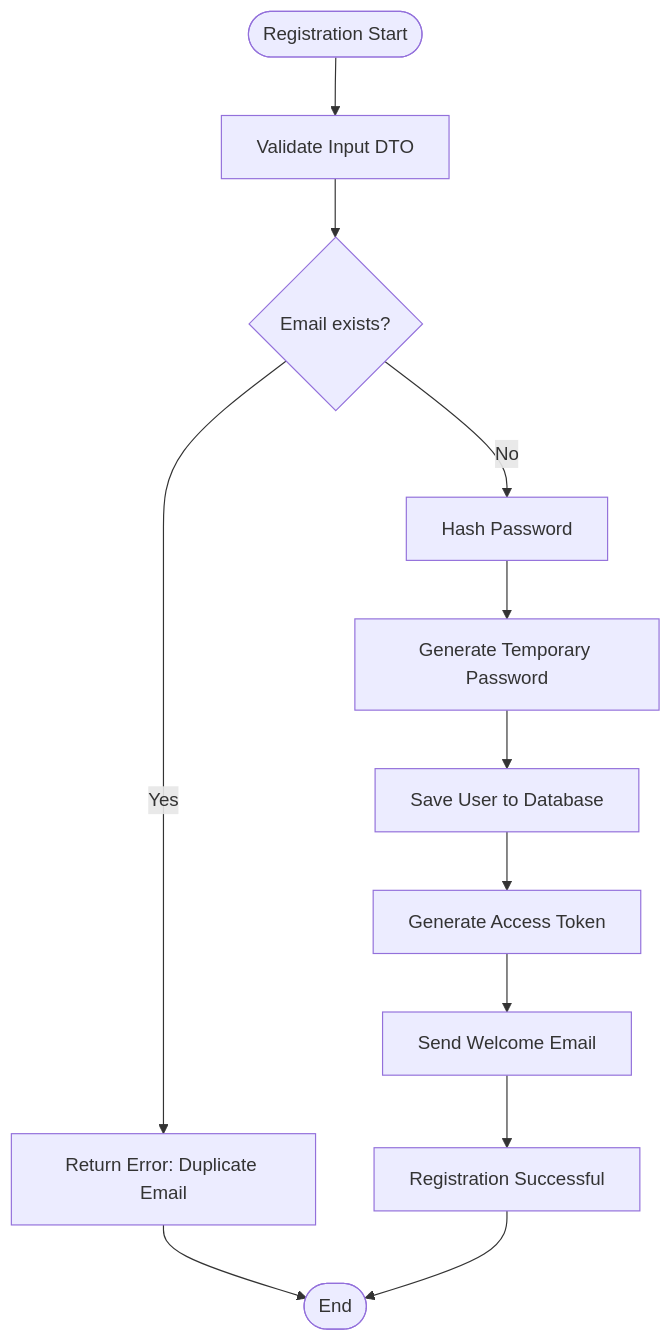
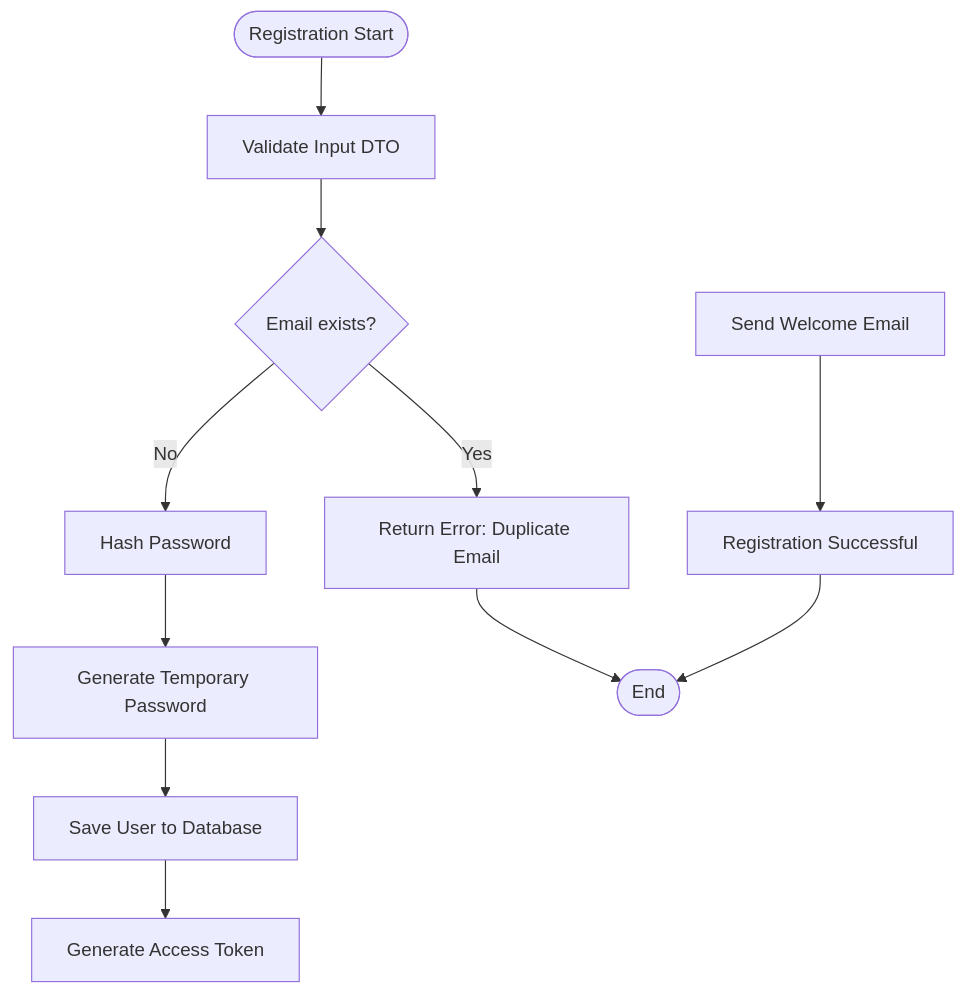
Before and after one commit to RobertRuas/windlog: the second of 13 diagrams in .qoder/repowiki/en/content/Segurança e Autenticação.md, drawn with Mermaid. The commit also changed other lines of this file and 81 other files, not shown here.

````diff
--- a/.qoder/repowiki/en/content/Segurança e Autenticação.md
+++ b/.qoder/repowiki/en/content/Segurança e Autenticação.md
@@ -95,14 +103,14 @@
 ```mermaid
 flowchart TD
 Start([Registration Start]) --> ValidateInput["Validate Input DTO"]
 ValidateInput --> CheckEmail{"Email exists?"}
 CheckEmail --> |Yes| ReturnError["Return Error: Duplicate Email"]
 CheckEmail --> |No| HashPassword["Hash Password"]
 HashPassword --> CreateTempPassword["Generate Temporary Password"]
 CreateTempPassword --> SaveUser["Save User to Database"]
 SaveUser --> GenerateTokens["Generate Access Token"]
-GenerateTokens --> SendWelcome["Send Welcome Email"]
+SendWelcome["Send Welcome Email"]
 SendWelcome --> Success["Registration Successful"]
 ReturnError --> End([End])
 Success --> End
 ```
````
